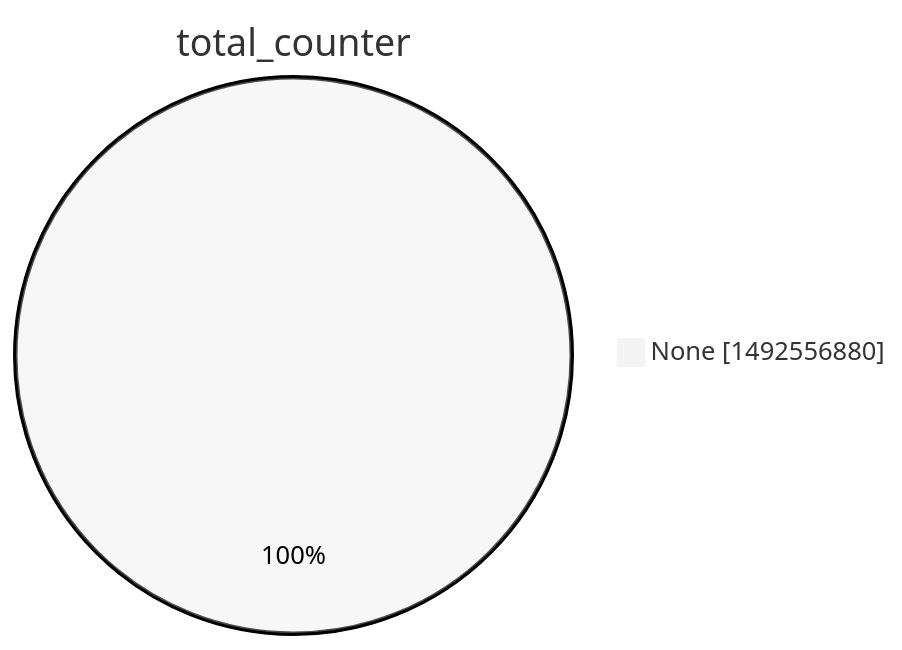
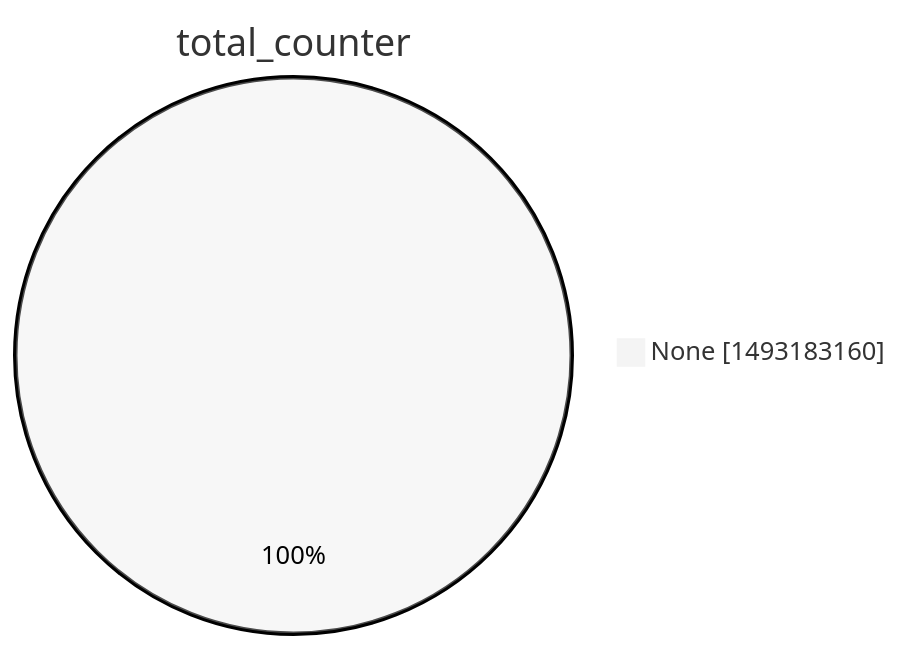
One commit to christiankrug/ctmonitor_visualization changed the second of 15 diagrams in argon2022/README.md. Above: the diagram before and after it, drawn with Mermaid (neutral theme). The commit also changed other lines of this file, not shown here.

````diff
--- a/argon2022/README.md
+++ b/argon2022/README.md
@@ -9,5 +9,5 @@
 ```mermaid
 pie showData
 title total_counter
-"None" :1492556880
+"None" :1493183160
 ```
````
